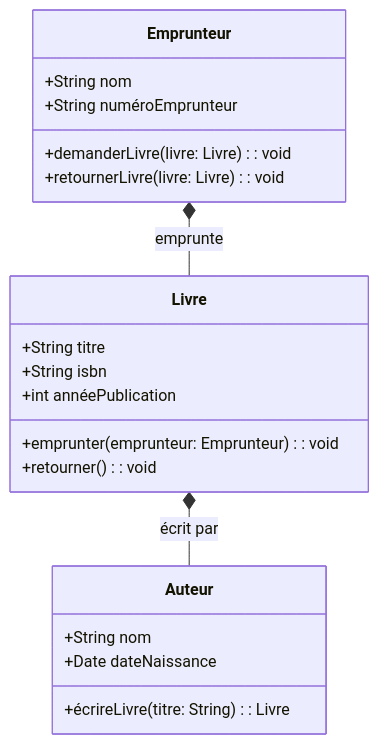
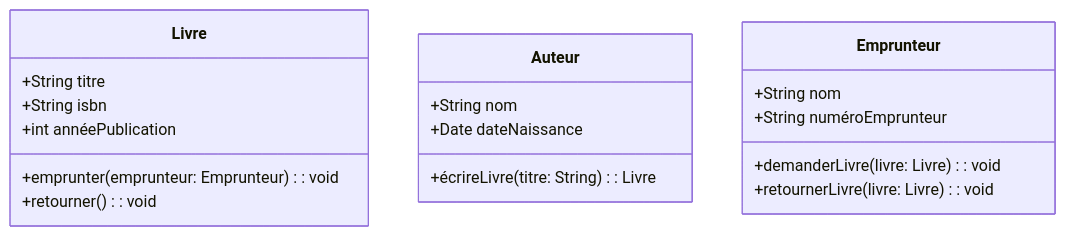
Before and after one commit to bbaranoff/bbaranoff.github.io: the first of 6 diagrams in cours/UML.md, drawn with Mermaid. The commit also changed other lines of this file, not shown here.

````diff
--- a/cours/UML.md
+++ b/cours/UML.md
@@ -179,28 +180,25 @@
 ```mermaid
 classDiagram
 
 class Livre {
   +String titre
   +String isbn
   +int annéePublication
   +emprunter(emprunteur: Emprunteur): void
   +retourner(): void
 }
 
 class Auteur {
   +String nom
   +Date dateNaissance
   +écrireLivre(titre: String): Livre
 }
 
 class Emprunteur {
   +String nom
   +String numéroEmprunteur
   +demanderLivre(livre: Livre): void
   +retournerLivre(livre: Livre): void
 }
 
-Livre *-- Auteur : écrit par
-Emprunteur *-- Livre : emprunte
-
 ```
````
